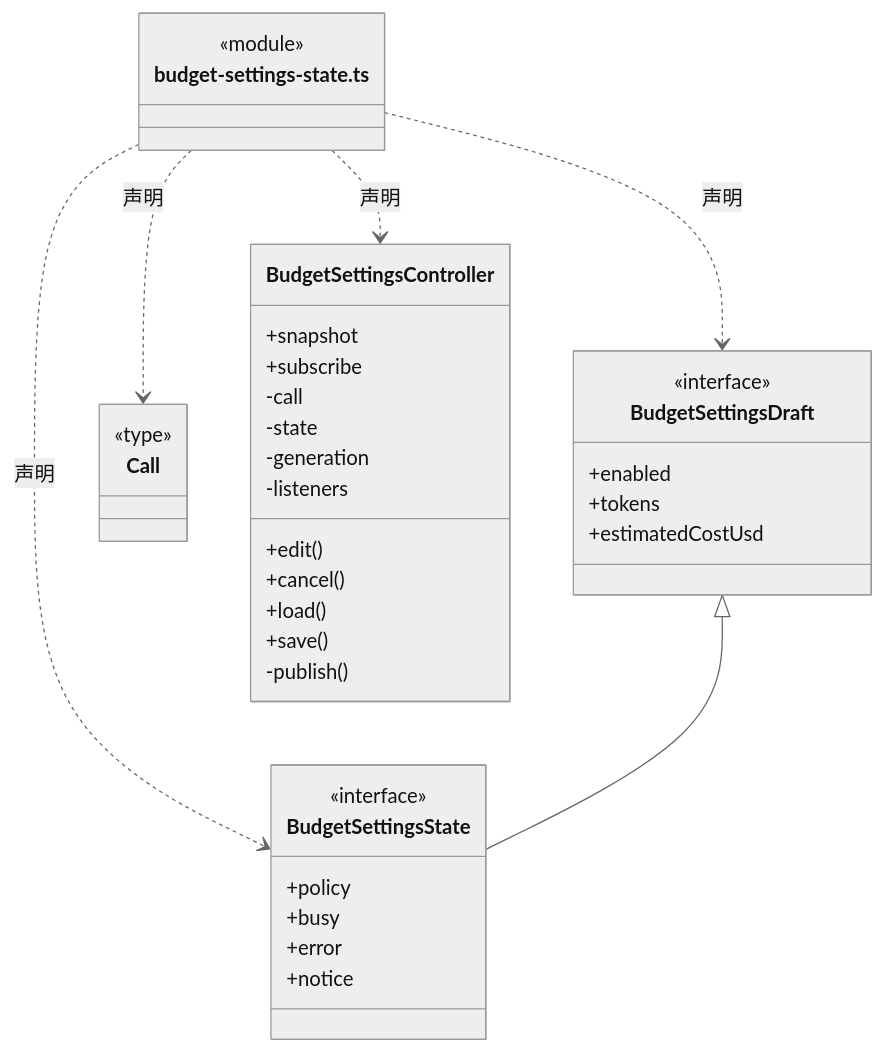
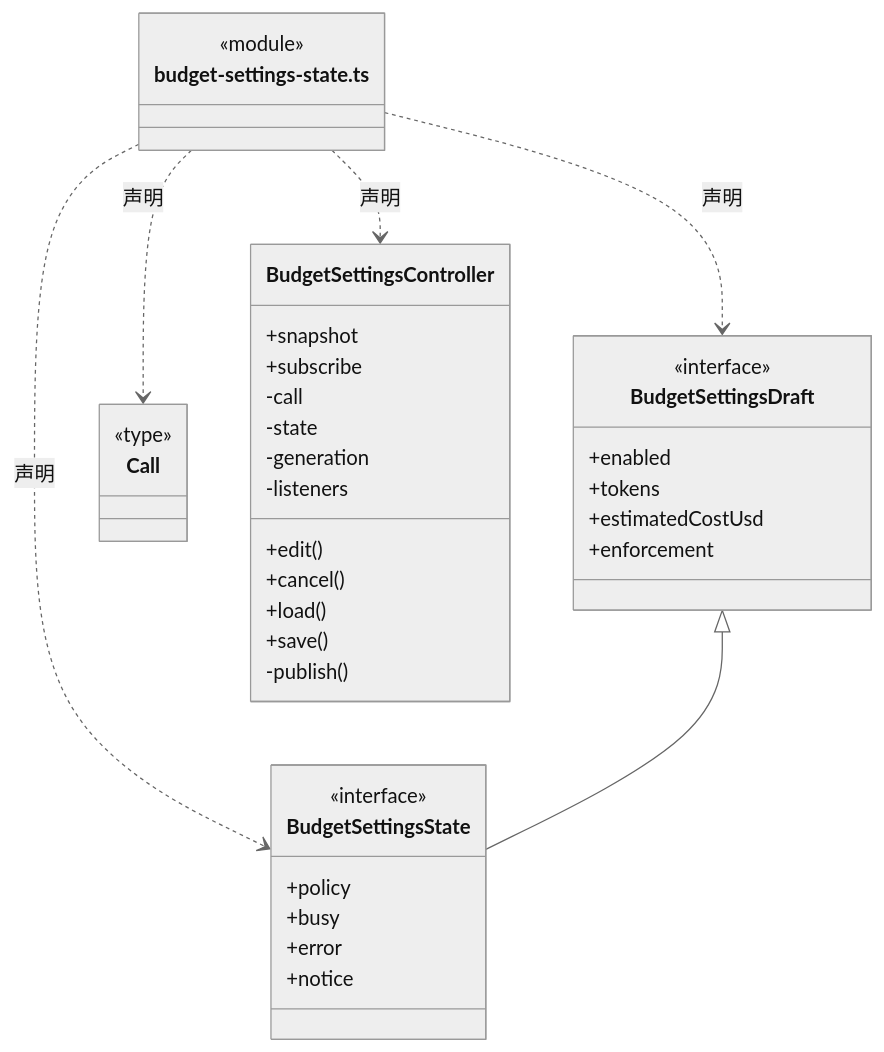
One commit to nan023062/cbim changed the third of 10 diagrams in src/frontend/settings/ARCHITECTURE.md. Above: the diagram before and after it, drawn with Mermaid (neutral theme). The commit also changed other lines of this file and 65 other files, not shown here.

````diff
--- a/src/frontend/settings/ARCHITECTURE.md
+++ b/src/frontend/settings/ARCHITECTURE.md
@@ -45,41 +45,42 @@
 ```mermaid
 classDiagram
 class N_src_frontend_settings_budget_settings_state_ts["budget-settings-state.ts"] {
   <<module>>
 }
 class N_src_frontend_settings_budget_settings_state_ts_BudgetSettingsDraft["BudgetSettingsDraft"] {
   <<interface>>
   +enabled
   +tokens
   +estimatedCostUsd
+  +enforcement
 }
 N_src_frontend_settings_budget_settings_state_ts ..> N_src_frontend_settings_budget_settings_state_ts_BudgetSettingsDraft : 声明
 class N_src_frontend_settings_budget_settings_state_ts_BudgetSettingsState["BudgetSettingsState"] {
   <<interface>>
   +policy
   +busy
   +error
   +notice
 }
 N_src_frontend_settings_budget_settings_state_ts ..> N_src_frontend_settings_budget_settings_state_ts_BudgetSettingsState : 声明
 N_src_frontend_settings_budget_settings_state_ts_BudgetSettingsDraft <|-- N_src_frontend_settings_budget_settings_state_ts_BudgetSettingsState
 class N_src_frontend_settings_budget_settings_state_ts_Call["Call"] {
   <<type>>
 
 }
 N_src_frontend_settings_budget_settings_state_ts ..> N_src_frontend_settings_budget_settings_state_ts_Call : 声明
 class N_src_frontend_settings_budget_settings_state_ts_BudgetSettingsController["BudgetSettingsController"] {
   +snapshot
   +subscribe
   +edit()
   +cancel()
   +load()
   +save()
   -call
   -state
   -generation
   -listeners
   -publish()
 }
 N_src_frontend_settings_budget_settings_state_ts ..> N_src_frontend_settings_budget_settings_state_ts_BudgetSettingsController : 声明
 ```
````
